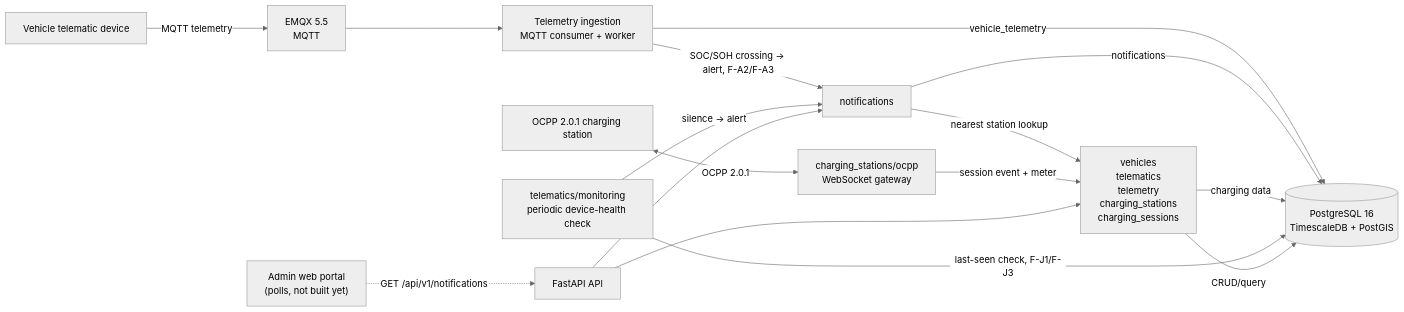
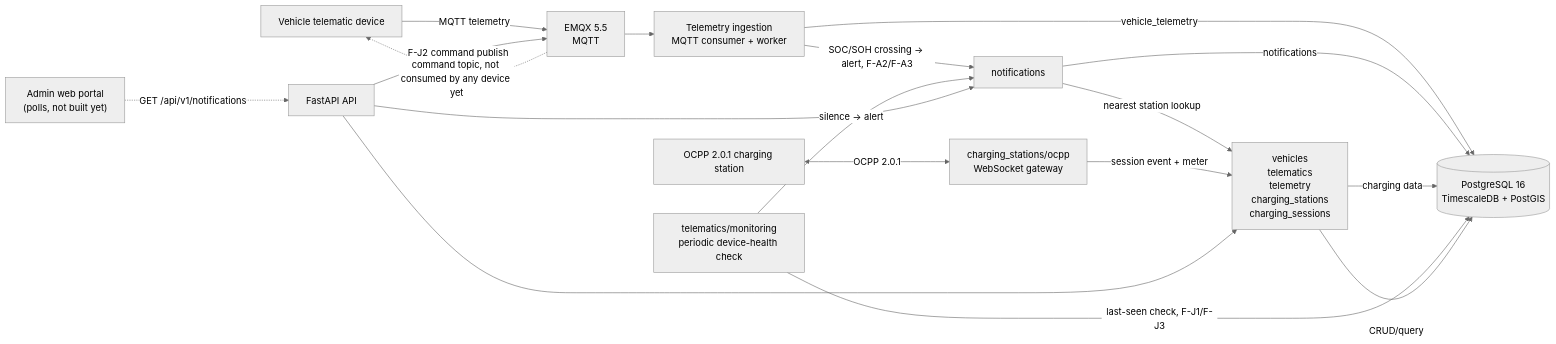
Before and after one commit to yolo-coccoc/G3Network-app: the diagram in docs/00-status/architecture.md, drawn with Mermaid (neutral theme). The commit also changed other lines of this file and 6 other files, not shown here.

````diff
--- a/docs/00-status/architecture.md
+++ b/docs/00-status/architecture.md
@@ -8,33 +8,35 @@
 ```mermaid
 flowchart LR
     Vehicle["Vehicle telematic device"]
     Station["OCPP 2.0.1 charging station"]
     Broker["EMQX 5.5\nMQTT"]
     Ingestion["Telemetry ingestion\nMQTT consumer + worker"]
     OCPP["charging_stations/ocpp\nWebSocket gateway"]
     Monitor["telematics/monitoring\nperiodic device-health check"]
     API["FastAPI API"]
     Domains["vehicles\ntelematics\ntelemetry\ncharging_stations\ncharging_sessions"]
     Notifications["notifications"]
     DB[("PostgreSQL 16\nTimescaleDB + PostGIS")]
     Portal["Admin web portal\n(polls, not built yet)"]
 
     Vehicle -->|MQTT telemetry| Broker
     Broker --> Ingestion
     Ingestion -->|vehicle_telemetry| DB
     Ingestion -->|SOC/SOH crossing -> alert, F-A2/F-A3| Notifications
     Notifications -->|nearest station lookup| Domains
     Notifications -->|notifications| DB
 
     Station <-->|OCPP 2.0.1| OCPP
     OCPP -->|session event + meter| Domains
     Domains -->|charging data| DB
 
     Monitor -->|last-seen check, F-J1/F-J3| DB
     Monitor -->|silence -> alert| Notifications
 
     API --> Domains
     API --> Notifications
+    API -->|F-J2 command publish| Broker
+    Broker -.->|command topic, not consumed by any device yet| Vehicle
     Domains -->|CRUD/query| DB
     Portal -.->|GET /api/v1/notifications| API
 ```
````
